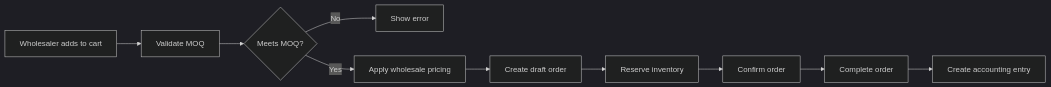
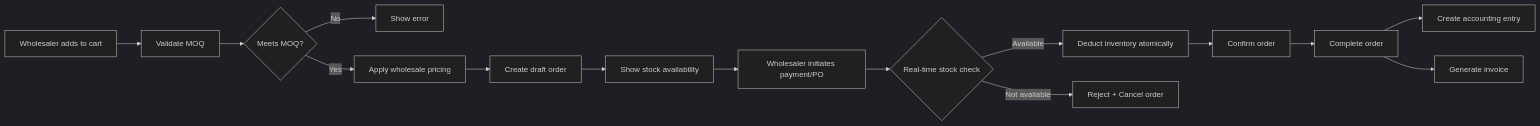
The second of 3 diagrams in docs/MICROSERVICES_INTEGRATION_ROADMAP.md (lukmanha083/kidkazz), drawn with Mermaid (dark theme) before and after one commit. The commit also changed other lines of this file, not shown here.

First line of the commit message:
Update Order Service to first-pay-first-served model with real-time inventory

````diff
--- a/docs/MICROSERVICES_INTEGRATION_ROADMAP.md
+++ b/docs/MICROSERVICES_INTEGRATION_ROADMAP.md
@@ -871,12 +888,17 @@
 ```mermaid
 graph LR
     A[Wholesaler adds to cart] --> B[Validate MOQ]
     B --> C{Meets MOQ?}
     C -->|No| D[Show error]
     C -->|Yes| E[Apply wholesale pricing]
     E --> F[Create draft order]
-    F --> G[Reserve inventory]
-    G --> H[Confirm order]
-    H --> I[Complete order]
-    I --> J[Create accounting entry]
+    F --> G[Show stock availability]
+    G --> H[Wholesaler initiates payment/PO]
+    H --> I{Real-time stock check}
+    I -->|Available| J[Deduct inventory atomically]
+    I -->|Not available| K[Reject + Cancel order]
+    J --> L[Confirm order]
+    L --> M[Complete order]
+    M --> N[Create accounting entry]
+    M --> O[Generate invoice]
 ```
````
